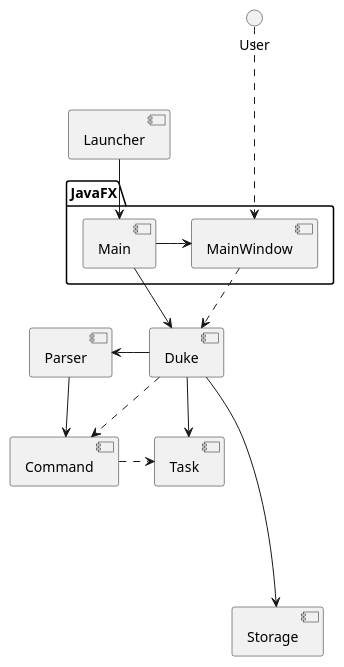
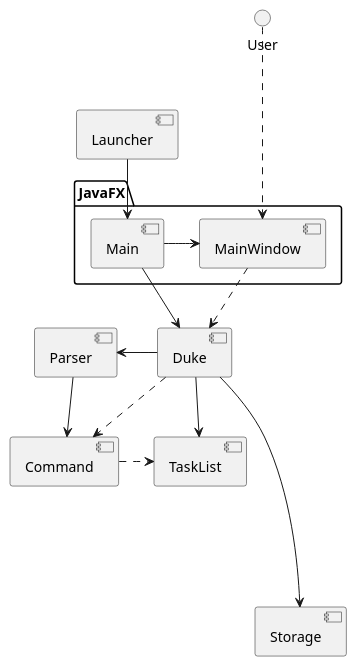
The diagram in docs/diagrams/ArchitectureDiagram.puml (nus-tic4002-AY2122s2/ip), drawn with PlantUML before and after one commit. The commit also changed 2 other files, not shown here.

Commit message:
Rename Task to TaskList

```diff
--- a/docs/diagrams/ArchitectureDiagram.puml
+++ b/docs/diagrams/ArchitectureDiagram.puml
@@ -1,17 +1,17 @@
 @startuml
 package "JavaFX" {
     [Main]
     [MainWindow]
 }
 [Launcher] -down-> [Main]
 [Main] -> [MainWindow]
 [Main] -down-> [Duke]
 () "User" .down..> [MainWindow]
 [MainWindow] .> [Duke]
-[Duke] -down-> [Task]
+[Duke] -down-> [TaskList]
 [Duke] ----> [Storage]
 [Duke] -left-> [Parser]
 [Parser] -down-> [Command]
 [Duke] .down.> [Command]
-[Command] .> [Task]
+[Command] .> [TaskList]
 @enduml
```
